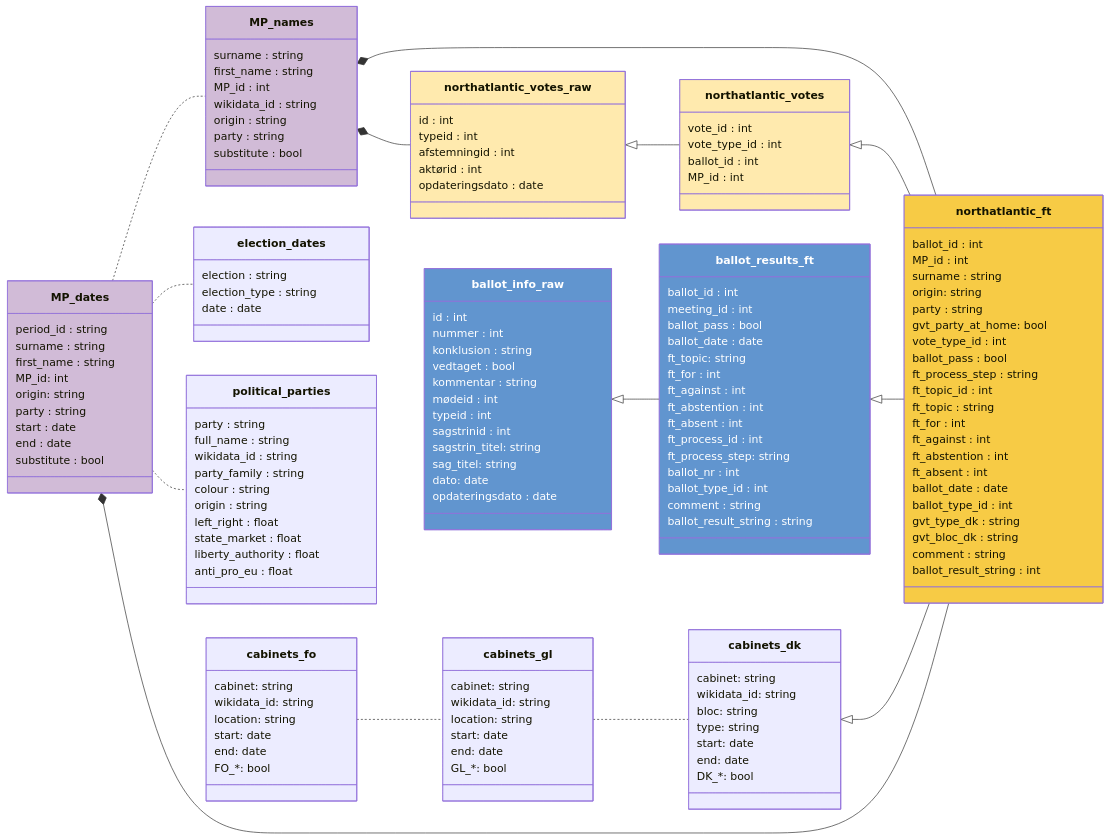
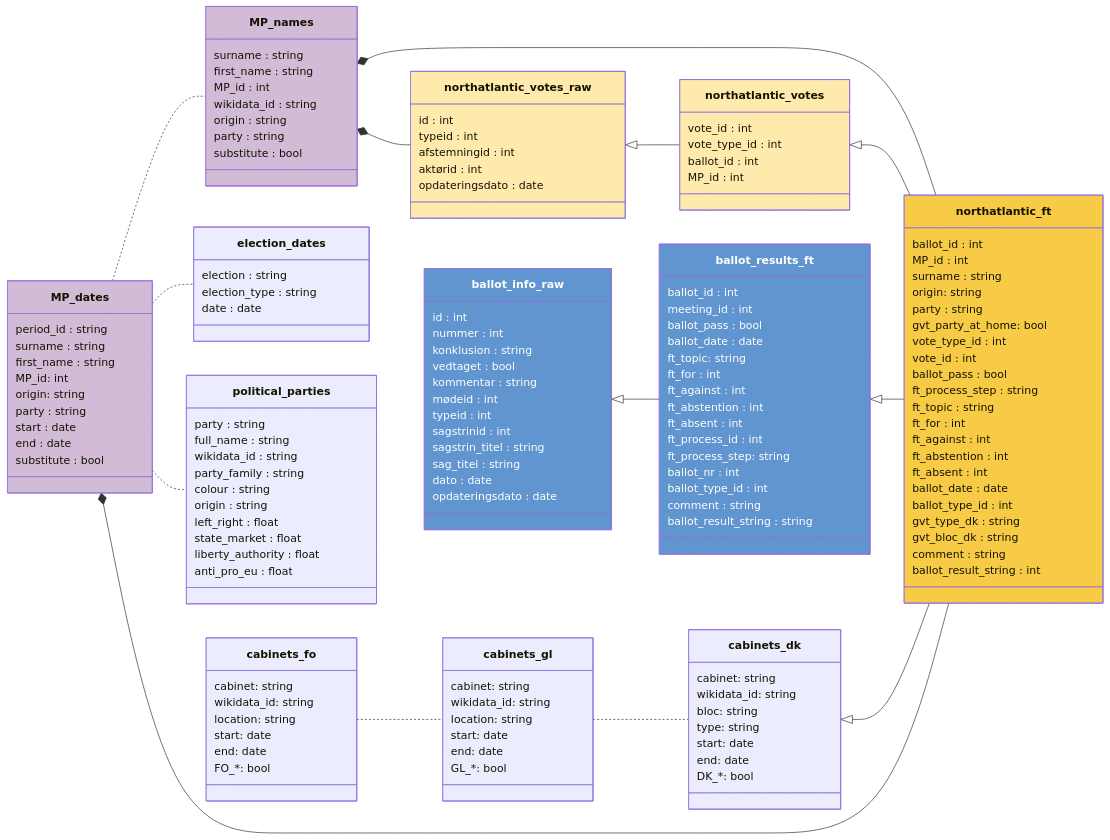
One commit to mtwente/nordatlantisk-ft changed the diagram in docs/codebook.qmd. Above: the diagram before and after it, drawn with Mermaid. The commit also changed other lines of this file and 1 other file, not shown here.

Commit message:
docs: update main codebook

````diff
--- a/docs/codebook.qmd
+++ b/docs/codebook.qmd
@@ -100,6 +100,6 @@
 ```{mermaid datamodel}
 %%| label: fig-datamodel
-%%| fig-cap: Chart illustrating the files used to create the dataset including variable names and types. Click on an element to jump to its description in the codebook.
+%%| fig-cap: Chart illustrating the files used to create the dataset including variable names and types.
 
 classDiagram
     direction LR
@@ -132,9 +132,9 @@
         party : string
         gvt_party_at_home: bool
         vote_type_id : int
+        vote_id : int
         ballot_pass : bool
         ft_process_step : string
-        ft_topic_id : int
         ft_topic : string
         ft_for : int
         ft_against : int
@@ -210,9 +210,9 @@
         mødeid : int
         typeid : int
         sagstrinid : int
-        sagstrin_titel: string
-        sag_titel: string
-        dato: date
+        sagstrin_titel : string
+        sag_titel : string
+        dato : date
         opdateringsdato : date
     }
 
@@ -279,7 +279,7 @@
 click MP_dates href "#mp_dates" "tooltip"
 click election_dates href "#election_dates" "tooltip"
 click political_parties href "#political_parties" "tooltip"
-click MP_names href "#mp_names" "tooltip"
+click MP_names href "#MP_names" "tooltip"
 click northatlantic_votes_raw href "#northatlantic_votes_raw" "tooltip"
 click northatlantic_votes href "#northatlantic_votes" "tooltip"
 click ballot_info_raw href "#ballot_info_raw" "tooltip"
````
